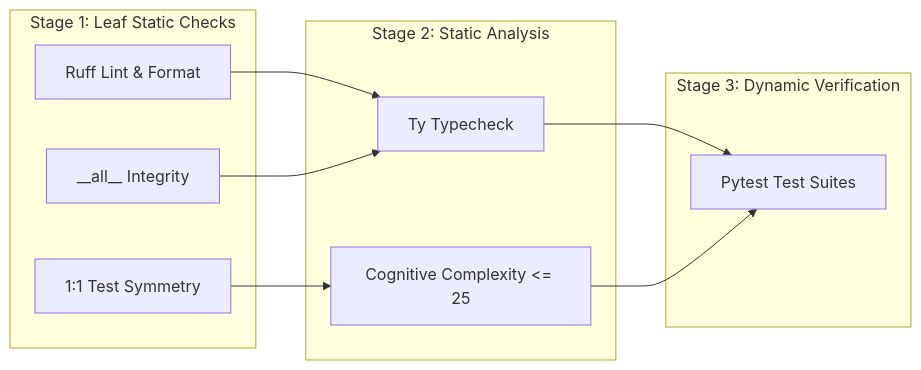
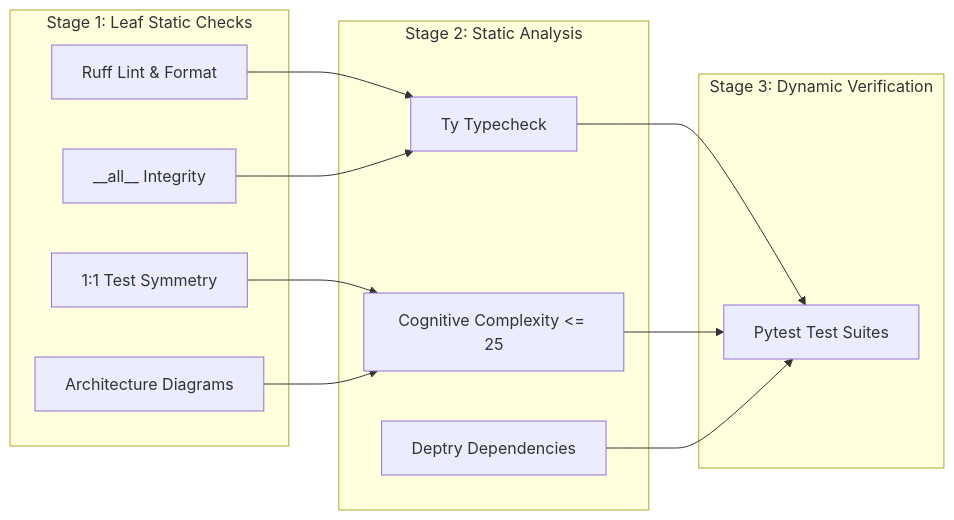
Before and after one commit to TheTrueSCU/hexaqual: the diagram in README.md, drawn with Mermaid. The commit also changed other lines of this file and 13 other files, not shown here.

````diff
--- a/README.md
+++ b/README.md
@@ -198,23 +199,27 @@
 ```mermaid
 graph LR
     subgraph stage1 ["Stage 1: Leaf Static Checks"]
         Lint["Ruff Lint & Format"]
         Statements["__all__ Integrity"]
         Parity["1:1 Test Symmetry"]
+        Diagrams["Architecture Diagrams"]
     end
 
     subgraph stage2 ["Stage 2: Static Analysis"]
         Typecheck["Ty Typecheck"]
         Complexity["Cognitive Complexity <= 25"]
+        Deptry["Deptry Dependencies"]
     end
 
     subgraph stage3 ["Stage 3: Dynamic Verification"]
         Pytest["Pytest Test Suites"]
     end
 
     Lint --> Typecheck
     Statements --> Typecheck
     Parity --> Complexity
+    Diagrams --> Complexity
     Typecheck --> Pytest
     Complexity --> Pytest
+    Deptry --> Pytest
 ```
````
